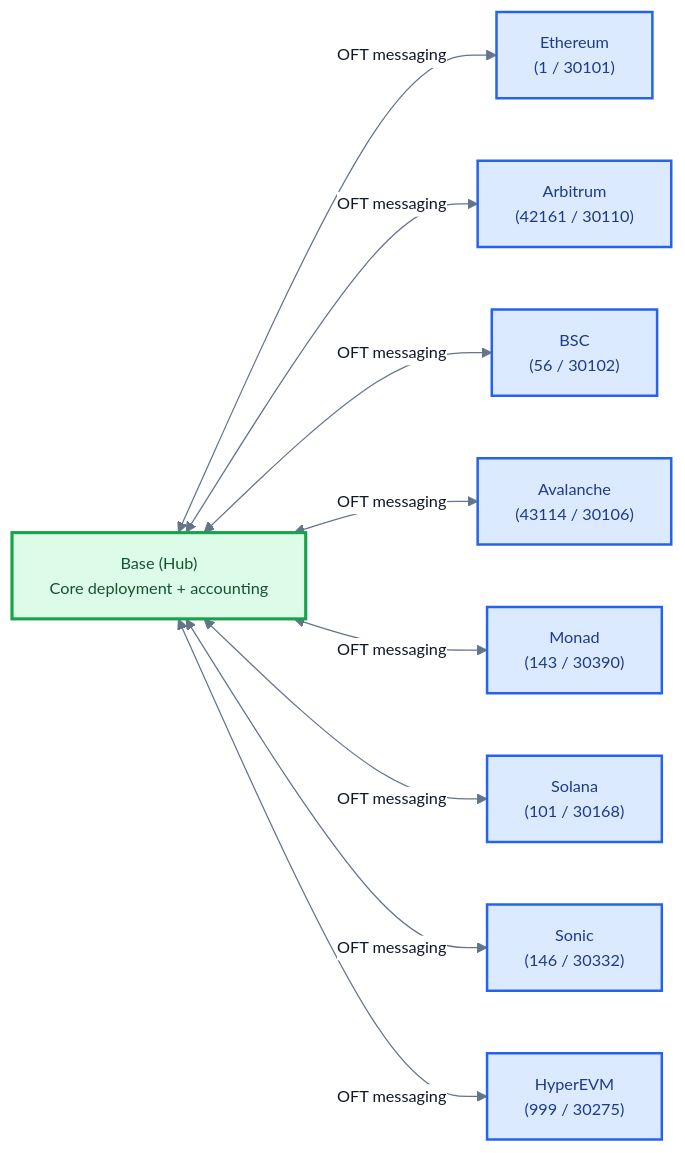
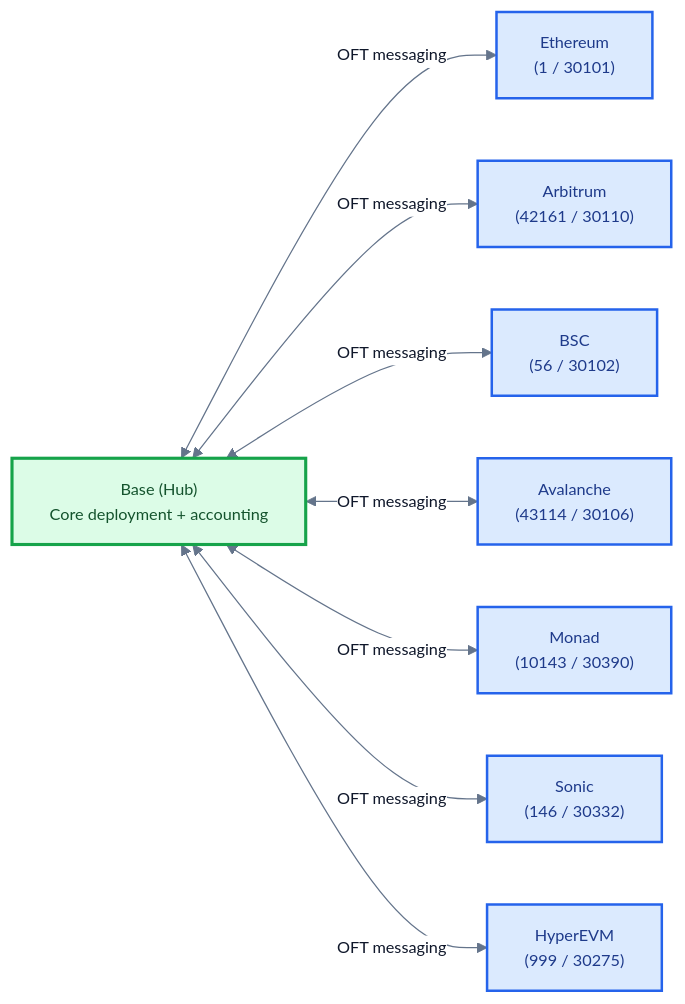
The fourth of 4 diagrams in docs/_generated/contracts/src/README.md (4626fun/4626), drawn with Mermaid before and after one commit. The commit also changed other lines of this file and 387 other files, not shown here.

````diff
--- a/docs/_generated/contracts/src/README.md
+++ b/docs/_generated/contracts/src/README.md
@@ -194,28 +194,26 @@
 ```mermaid
 %%{init: {"theme":"base","themeVariables":{"fontFamily":"Inter, ui-sans-serif, system-ui","fontSize":"13px","lineColor":"#64748B","primaryColor":"#FFFFFF","primaryTextColor":"#0F172A"}}}%%
 flowchart LR
   Base["Base (Hub)\nCore deployment + accounting"]
 
   Eth["Ethereum\n(1 / 30101)"]
   Arb["Arbitrum\n(42161 / 30110)"]
   BSC["BSC\n(56 / 30102)"]
   Avax["Avalanche\n(43114 / 30106)"]
-  Monad["Monad\n(143 / 30390)"]
-  Solana["Solana\n(101 / 30168)"]
+  Monad["Monad\n(10143 / 30390)"]
   Sonic["Sonic\n(146 / 30332)"]
   Hyper["HyperEVM\n(999 / 30275)"]
 
   Base <--> |OFT messaging| Eth
   Base <--> |OFT messaging| Arb
   Base <--> |OFT messaging| BSC
   Base <--> |OFT messaging| Avax
   Base <--> |OFT messaging| Monad
-  Base <--> |OFT messaging| Solana
   Base <--> |OFT messaging| Sonic
   Base <--> |OFT messaging| Hyper
 
   classDef hub fill:#DCFCE7,stroke:#16A34A,stroke-width:2.5px,color:#14532D;
   classDef satellite fill:#DBEAFE,stroke:#2563EB,stroke-width:2px,color:#1E3A8A;
   class Base hub;
-  class Eth,Arb,BSC,Avax,Monad,Solana,Sonic,Hyper satellite;
+  class Eth,Arb,BSC,Avax,Monad,Sonic,Hyper satellite;
 ```
````
